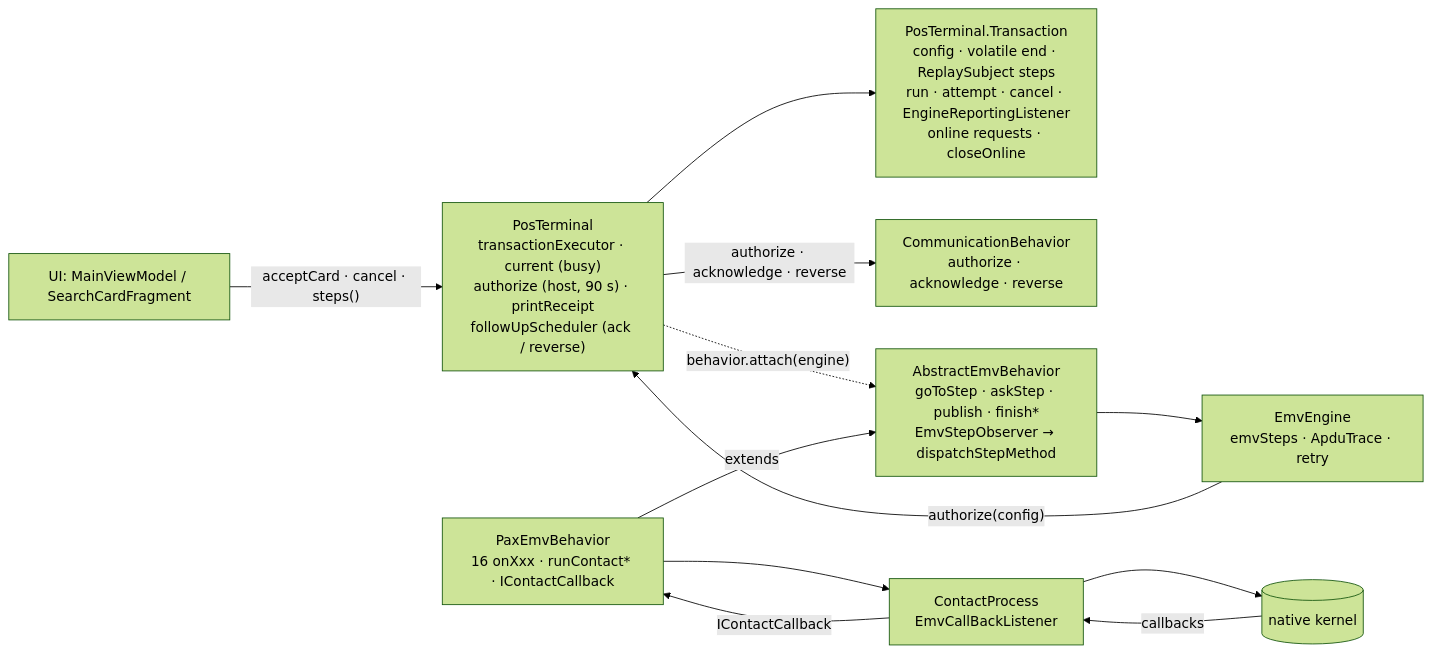
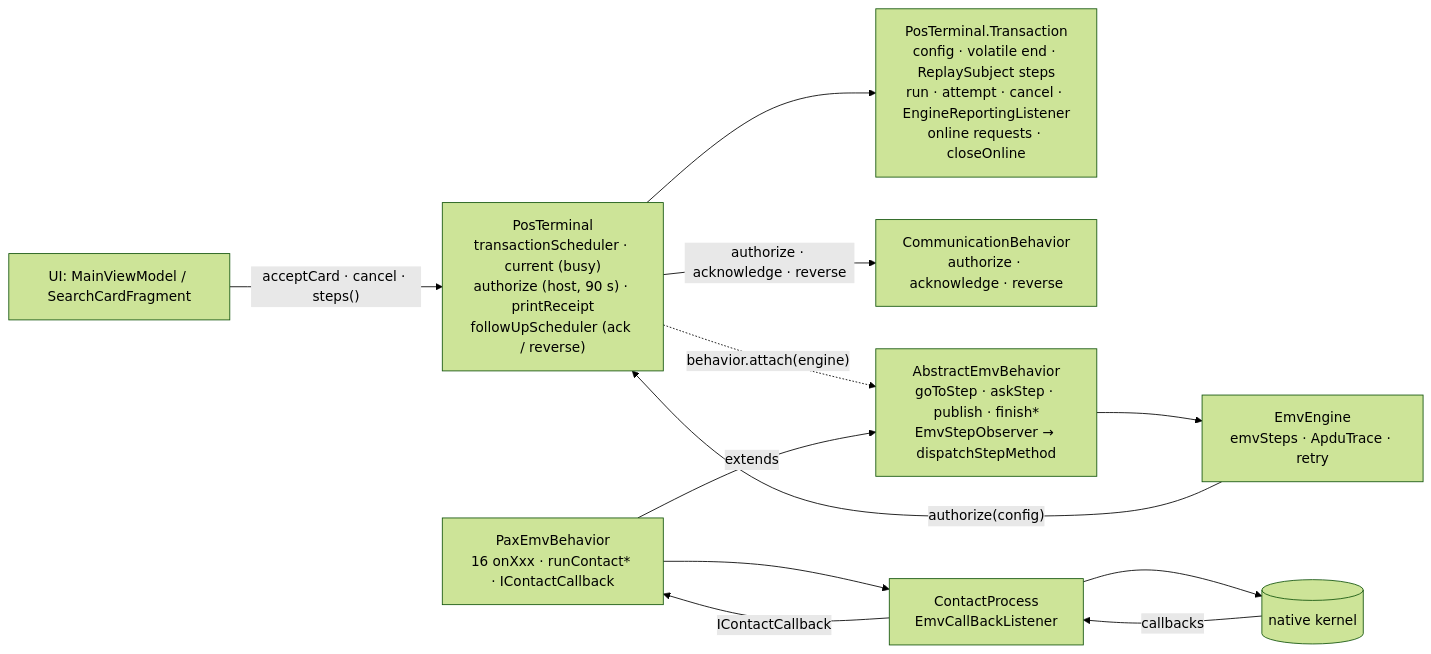
One commit to berothomas33/esaylinkrefactor changed the first of 9 diagrams in doc/REFERENCE.md. Above: the diagram before and after it, drawn with Mermaid (forest theme). The commit also changed other lines of this file and 3 other files, not shown here.

````diff
--- a/doc/REFERENCE.md
+++ b/doc/REFERENCE.md
@@ -207,19 +206,19 @@
 ```mermaid
 flowchart LR
   UI["UI: MainViewModel / SearchCardFragment"]
-  PT["PosTerminal<br/>transactionExecutor · current (busy)<br/>authorize (host, 90 s) · printReceipt<br/>followUpScheduler (ack / reverse)"]
+  PT["PosTerminal<br/>transactionScheduler · current (busy)<br/>authorize (host, 90 s) · printReceipt<br/>followUpScheduler (ack / reverse)"]
   TX["PosTerminal.Transaction<br/>config · volatile end · ReplaySubject steps<br/>run · attempt · cancel · EngineReportingListener<br/>online requests · closeOnline"]
   CB["CommunicationBehavior<br/>authorize · acknowledge · reverse"]
   EN["EmvEngine<br/>emvSteps · ApduTrace · retry"]
   AB["AbstractEmvBehavior<br/>goToStep · askStep · publish · finish*<br/>EmvStepObserver → dispatchStepMethod"]
   PB["PaxEmvBehavior<br/>16 onXxx · runContact* · IContactCallback"]
   CP["ContactProcess<br/>EmvCallBackListener"]
   NK[("native kernel")]
   UI -- "acceptCard · cancel · steps()" --> PT --> TX
   PT -. "behavior.attach(engine)" .-> AB --> EN
   PB -- extends --> AB
   PB --> CP --> NK
   NK -- callbacks --> CP -- IContactCallback --> PB
   EN -- "authorize(config)" --> PT
   PT -- "authorize · acknowledge · reverse" --> CB
 ```
````
